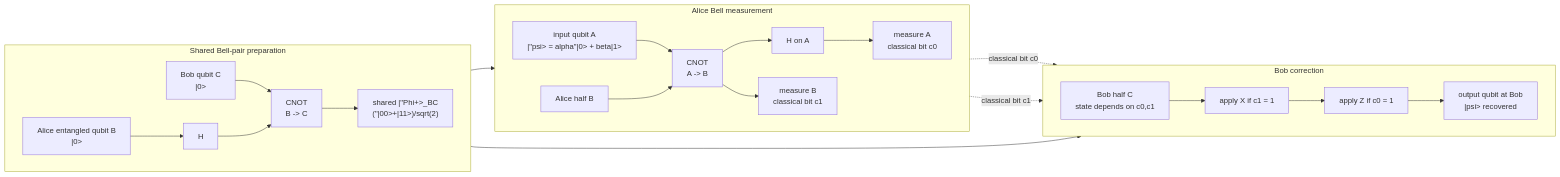
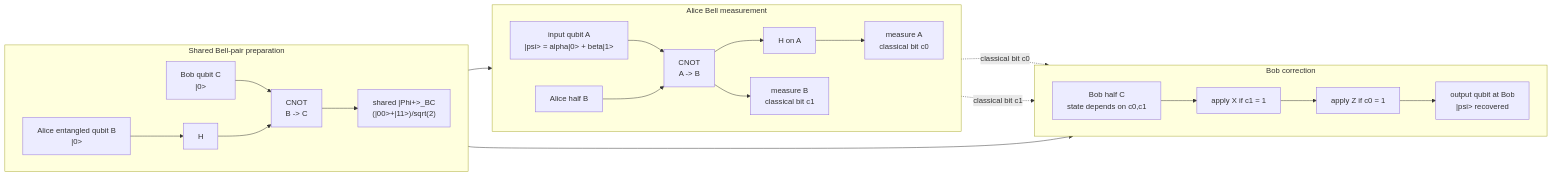
One commit to justinbrianhwang/SJ-wiki changed the diagram in docs/quantum-information-science/quantum-internet/teleportation.md. Above: the diagram before and after it, drawn with Mermaid. The commit also changed 83 other files, not shown here.

Commit message:
Fix Mermaid #quot; artifacts from broken sanitizer + add fix-mermaid-broken-quot.py tool (77 files repaired)

````diff
--- a/docs/quantum-information-science/quantum-internet/teleportation.md
+++ b/docs/quantum-information-science/quantum-internet/teleportation.md
@@ -172,31 +172,31 @@
 ```mermaid
 flowchart LR
   subgraph BellPrep["Shared Bell-pair preparation"]
     direction LR
     B0["Alice entangled qubit B<br/>|0>"] --> BH["H"]
     B1["Bob qubit C<br/>|0>"] --> BCX["CNOT<br/>B -> C"]
     BH --> BCX
-    BCX --> Pair["shared |#quot;Phi+>_BC<br/>(#quot;|00>+|11>)/sqrt(2)"]
+    BCX --> Pair["shared |Phi+>_BC<br/>(|00>+|11>)/sqrt(2)"]
   end
 
   subgraph Alice["Alice Bell measurement"]
     direction LR
-    Psi["input qubit A<br/>|#quot;psi> = alpha#quot;|0> + beta|1>"] --> ACX["CNOT<br/>A -> B"]
+    Psi["input qubit A<br/>|psi> = alpha|0> + beta|1>"] --> ACX["CNOT<br/>A -> B"]
     Pair --> Bwire["Alice half B"]
     Bwire --> ACX
     ACX --> AH["H on A"]
     AH --> MA["measure A<br/>classical bit c0"]
     ACX --> MB["measure B<br/>classical bit c1"]
   end
 
   subgraph Bob["Bob correction"]
     direction LR
     Pair --> Cwire["Bob half C<br/>state depends on c0,c1"]
     Cwire --> XCorr["apply X if c1 = 1"]
     XCorr --> ZCorr["apply Z if c0 = 1"]
     ZCorr --> Out["output qubit at Bob<br/>|psi> recovered"]
   end
 
   MA -. "classical bit c0" .-> ZCorr
   MB -. "classical bit c1" .-> XCorr
 ```
````
